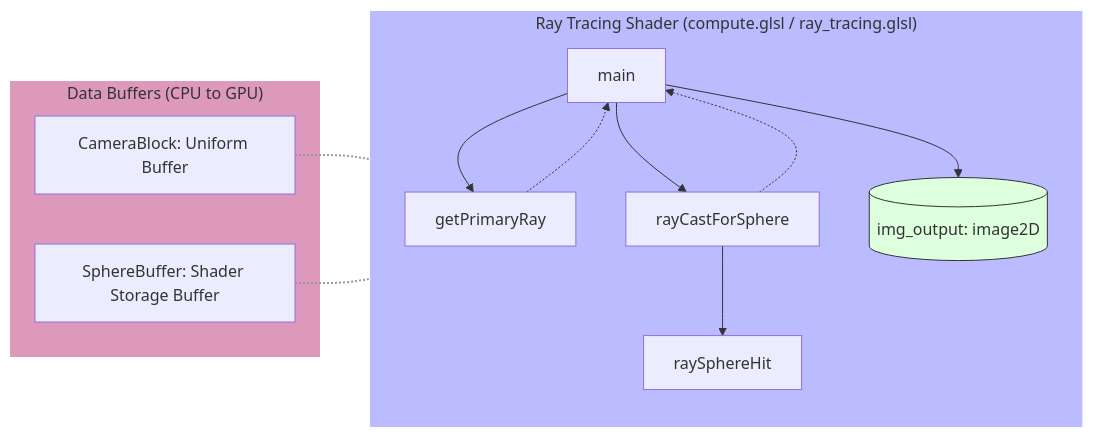
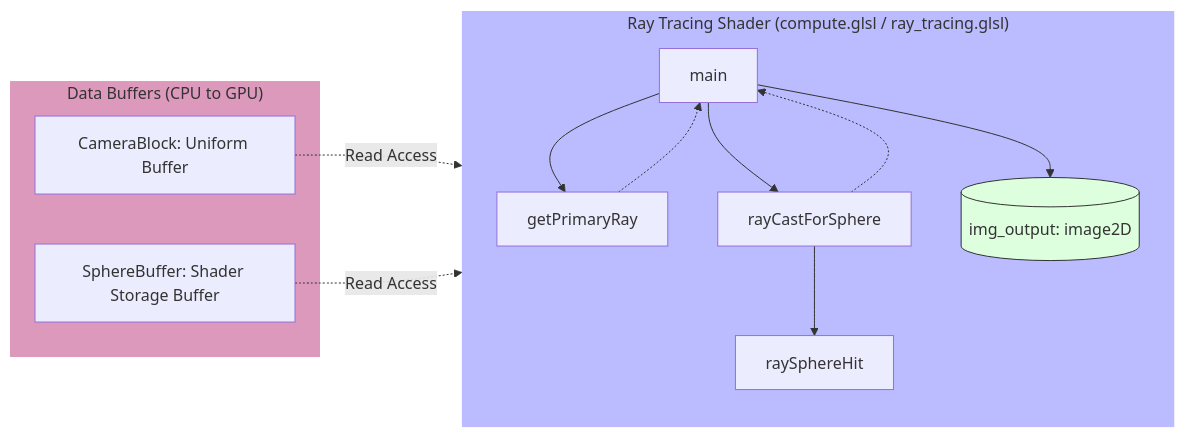
One commit to LEE-CHI-HSUAN/GL-Ray-Tracer changed the fourth of 4 diagrams in doc/guide.md. Above: the diagram before and after it, drawn with Mermaid. The commit also changed other lines of this file and 1 other file, not shown here.

````diff
--- a/doc/guide.md
+++ b/doc/guide.md
@@ -106,36 +192,35 @@
 ```mermaid
 ---
 config:
   flowchart:
     curve: basis
 ---
 graph LR
     subgraph Buffers ["Data Buffers (CPU to GPU)"]
         CB[CameraBlock: Uniform Buffer]
         SB[SphereBuffer: Shader Storage Buffer]
     end
 
     subgraph Shader ["Ray Tracing Shader (compute.glsl / ray_tracing.glsl)"]
         direction TB
         Main[main]
         GPR[getPrimaryRay]
         RCFS[rayCastForSphere]
         RSH[raySphereHit]
         Output[(img_output: image2D)]
 
         Main --> GPR
         Main --> RCFS
         RCFS --> RSH
         Main --> Output
     end
 
-    CB -.- GPR
-    SB -.- RCFS
+    CB -.-> |Read Access| GPR
+    SB -.-> |Read Access| RCFS
     GPR -.-> Main
     RCFS -.-> Main
     
     style Buffers fill:#d9b,stroke:#333,stroke-width:0px
     style Shader fill:#bbf,stroke:#333,stroke-width:0px
     style Output fill:#dfd,stroke:#333,stroke-width:1px
-    linkStyle 4,5 stroke:#999,stroke-width:2px;
 ```
````
